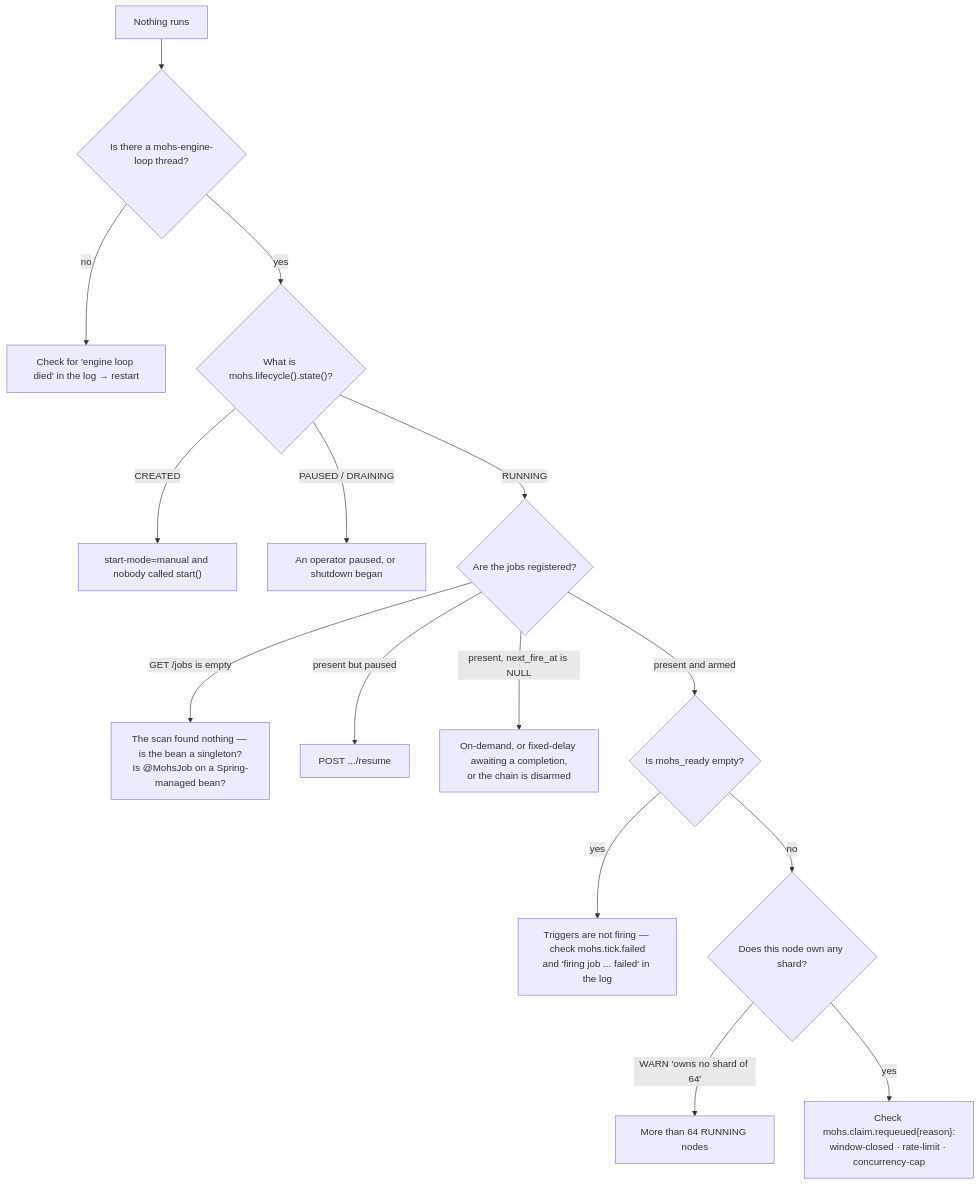
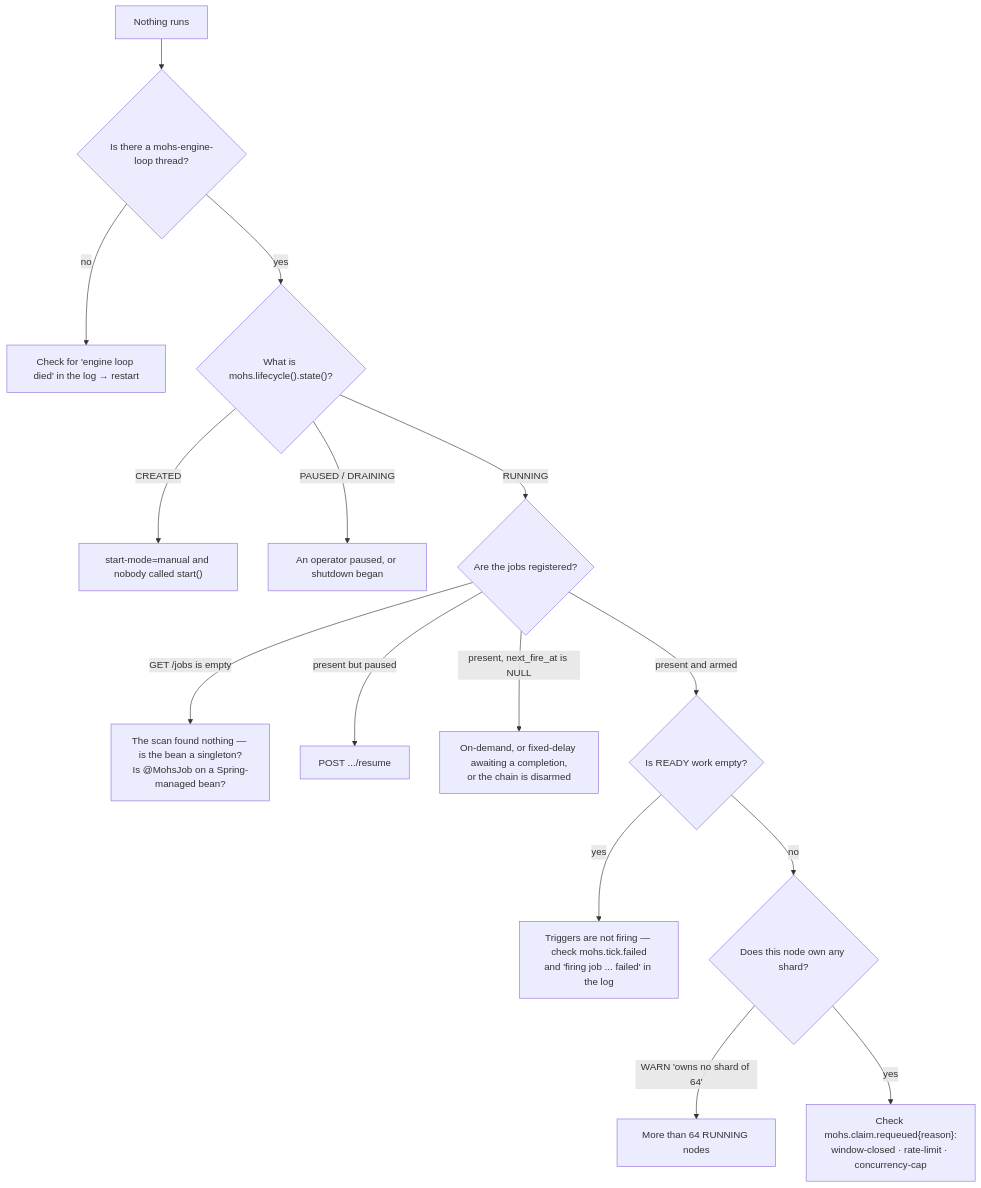
The diagram in docs/13-operations/troubleshooting.md (robsonkades/mohs), drawn with Mermaid before and after one commit. The commit also changed other lines of this file and 67 other files, not shown here.

````diff
--- a/docs/13-operations/troubleshooting.md
+++ b/docs/13-operations/troubleshooting.md
@@ -32,17 +32,17 @@
 ```mermaid
 flowchart TB
     A["Nothing runs"] --> B{"Is there a mohs-engine-loop thread?"}
     B -->|no| B1["Check for 'engine loop died' in the log → restart"]
     B -->|yes| C{"What is mohs.lifecycle().state()?"}
     C -->|CREATED| C1["start-mode=manual and nobody called start()"]
     C -->|PAUSED / DRAINING| C2["An operator paused, or shutdown began"]
     C -->|RUNNING| D{"Are the jobs registered?"}
     D -->|"GET /jobs is empty"| D1["The scan found nothing — is the bean a singleton?<br/>Is @MohsJob on a Spring-managed bean?"]
     D -->|"present but paused"| D2["POST .../resume"]
     D -->|"present, next_fire_at is NULL"| D3["On-demand, or fixed-delay awaiting a completion,<br/>or the chain is disarmed"]
-    D -->|"present and armed"| E{"Is mohs_ready empty?"}
+    D -->|"present and armed"| E{"Is READY work empty?"}
     E -->|yes| E1["Triggers are not firing — check mohs.tick.failed<br/>and 'firing job ... failed' in the log"]
     E -->|no| F{"Does this node own any shard?"}
     F -->|"WARN 'owns no shard of 64'"| F1["More than 64 RUNNING nodes"]
     F -->|yes| G["Check mohs.claim.requeued{reason}:<br/>window-closed · rate-limit · concurrency-cap"]
 ```
````
